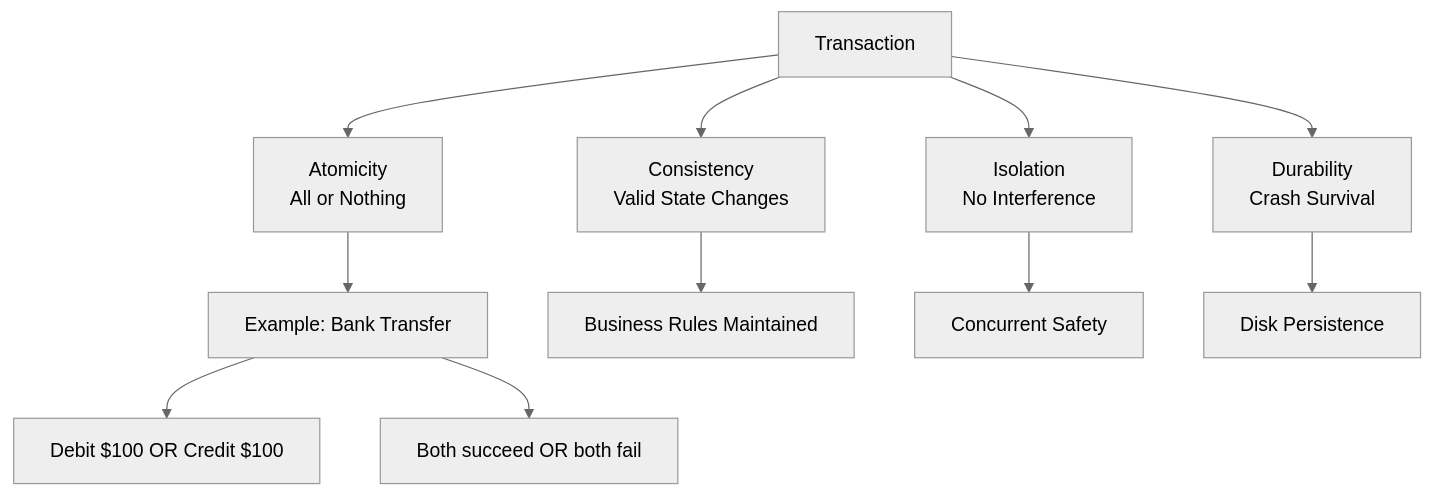
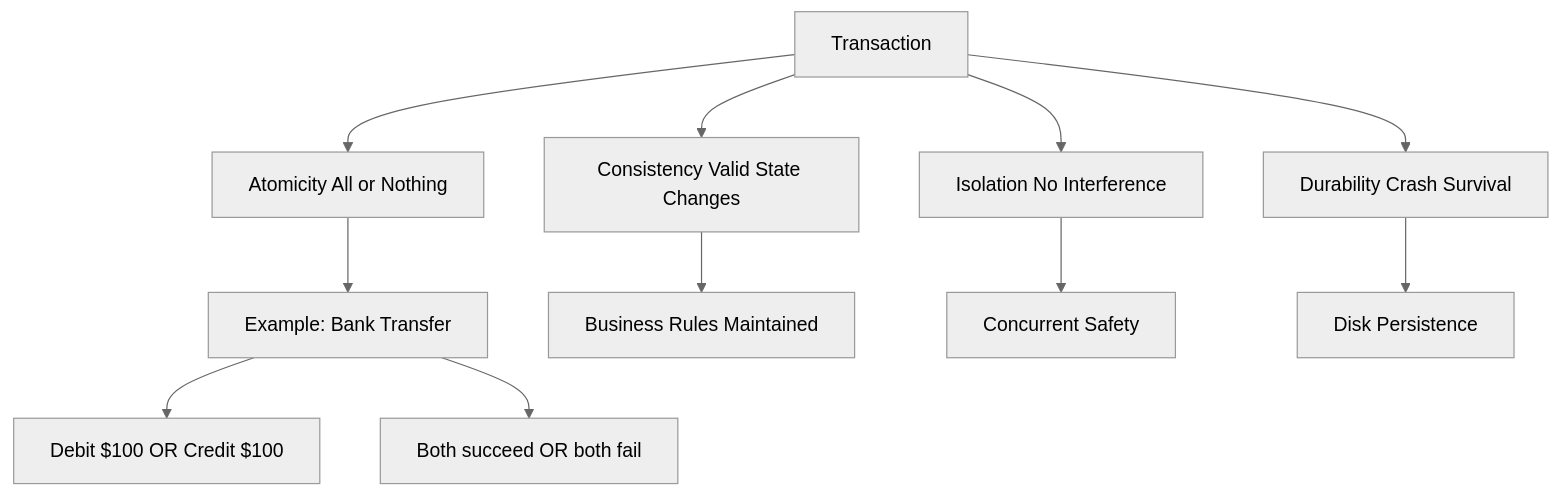
Before and after one commit to basharArif/sql-learning-path: the first of 2 diagrams in theory/4-transactions-isolation-and-concurrency.md, drawn with Mermaid (neutral theme). The commit also changed 12 other files, not shown here.

Commit message:
Fix Mermaid diagrams in remaining files: Replace \n with spaces for proper rendering

````diff
--- a/theory/4-transactions-isolation-and-concurrency.md
+++ b/theory/4-transactions-isolation-and-concurrency.md
@@ -29,15 +29,15 @@
 ```mermaid
 graph TD
-    A[Transaction] --> B[Atomicity\nAll or Nothing]
-    A --> C[Consistency\nValid State Changes]
-    A --> D[Isolation\nNo Interference]
-    A --> E[Durability\nCrash Survival]
+    A[Transaction] --> B[Atomicity All or Nothing]
+    A --> C[Consistency Valid State Changes]
+    A --> D[Isolation No Interference]
+    A --> E[Durability Crash Survival]
     
     B --> F[Example: Bank Transfer]
     F --> G[Debit $100 OR Credit $100]
     F --> H[Both succeed OR both fail]
     
     C --> I[Business Rules Maintained]
     D --> J[Concurrent Safety]
     E --> K[Disk Persistence]
 ```
````
